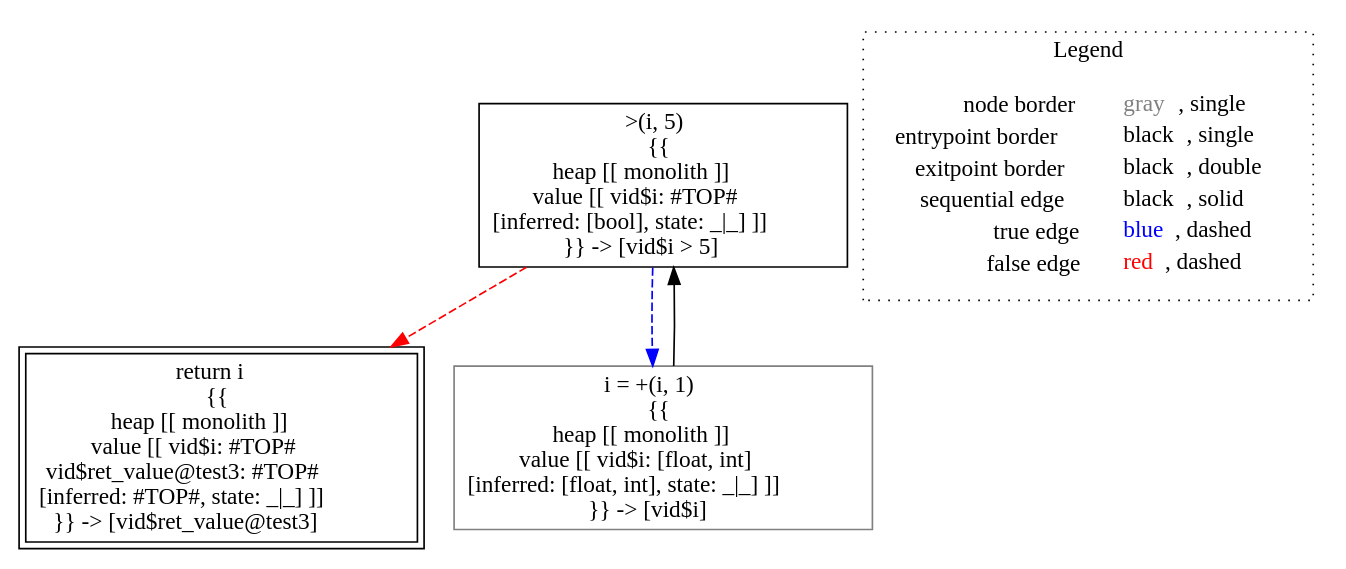
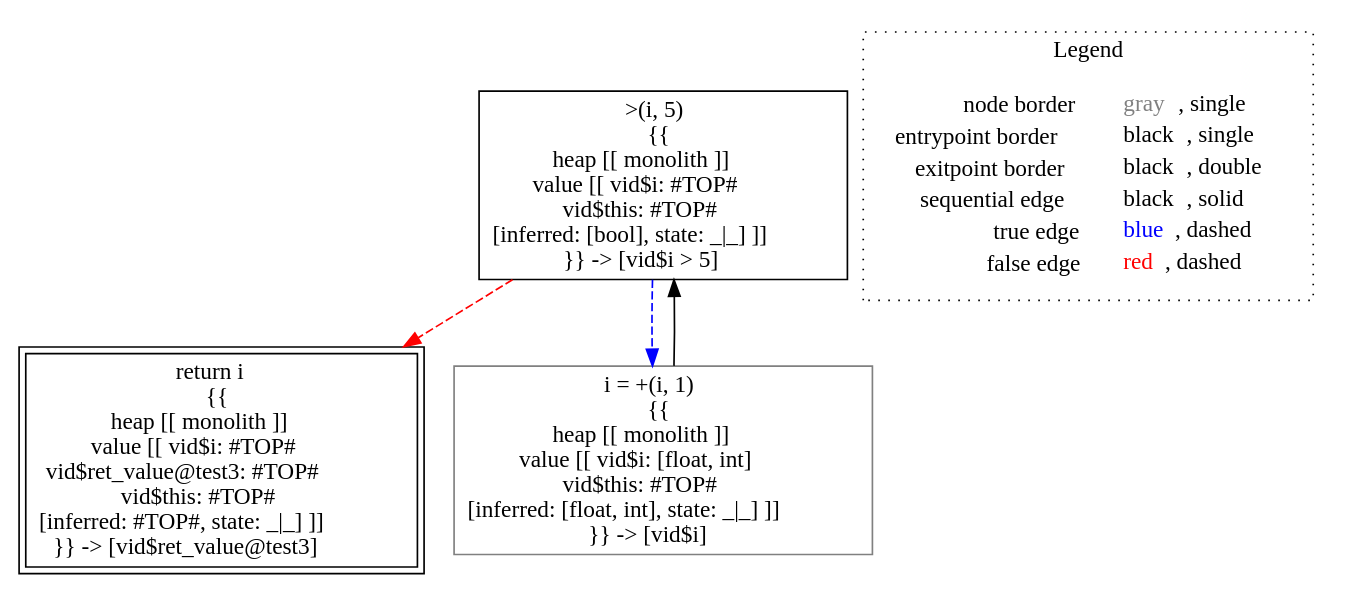
One commit to lisa-analyzer/lisa changed the diagram in lisa/imp-testcases/type-inference/typing___untyped_typing.test3(typing_this,_untyped_i).dot. Above: the diagram before and after it, drawn with Graphviz. The commit also changed 45 other files, not shown here.

```diff
--- a/lisa/imp-testcases/type-inference/typing___untyped_typing.test3(typing_this,_untyped_i).dot
+++ b/lisa/imp-testcases/type-inference/typing___untyped_typing.test3(typing_this,_untyped_i).dot
@@ -1,15 +1,15 @@
 digraph {
-	"node0" [shape="rect",color="black",label=<&gt;(i, 5)<BR/>{{<BR/>heap [[ monolith ]]<BR/>value [[ vid$i: #TOP#<BR/>[inferred: [bool], state: _|_] ]]<BR/>}} -&gt; [vid$i &gt; 5]>];
-	"node1" [shape="rect",color="black",peripheries="2",label=<return i<BR/>{{<BR/>heap [[ monolith ]]<BR/>value [[ vid$i: #TOP#<BR/>vid$ret_value@test3: #TOP#<BR/>[inferred: #TOP#, state: _|_] ]]<BR/>}} -&gt; [vid$ret_value@test3]>];
-	"node2" [shape="rect",color="gray",label=<i = +(i, 1)<BR/>{{<BR/>heap [[ monolith ]]<BR/>value [[ vid$i: [float, int]<BR/>[inferred: [float, int], state: _|_] ]]<BR/>}} -&gt; [vid$i]>];
+	"node0" [shape="rect",color="black",label=<&gt;(i, 5)<BR/>{{<BR/>heap [[ monolith ]]<BR/>value [[ vid$i: #TOP#<BR/>vid$this: #TOP#<BR/>[inferred: [bool], state: _|_] ]]<BR/>}} -&gt; [vid$i &gt; 5]>];
+	"node1" [shape="rect",color="black",peripheries="2",label=<return i<BR/>{{<BR/>heap [[ monolith ]]<BR/>value [[ vid$i: #TOP#<BR/>vid$ret_value@test3: #TOP#<BR/>vid$this: #TOP#<BR/>[inferred: #TOP#, state: _|_] ]]<BR/>}} -&gt; [vid$ret_value@test3]>];
+	"node2" [shape="rect",color="gray",label=<i = +(i, 1)<BR/>{{<BR/>heap [[ monolith ]]<BR/>value [[ vid$i: [float, int]<BR/>vid$this: #TOP#<BR/>[inferred: [float, int], state: _|_] ]]<BR/>}} -&gt; [vid$i]>];
 	"node0" -> "node1" [color="red",style="dashed"];
 	"node0" -> "node2" [color="blue",style="dashed"];
 	"node2" -> "node0" [color="black"];
 subgraph cluster_legend {
 	label="Legend";
 	style=dotted;
 	node [shape=plaintext];
 	"legend" [label=<<table border="0" cellpadding="2" cellspacing="0" cellborder="0"><tr><td align="right">node border&nbsp;</td><td align="left"><font color="gray">gray</font>, single</td></tr><tr><td align="right">entrypoint border&nbsp;</td><td align="left"><font color="black">black</font>, single</td></tr><tr><td align="right">exitpoint border&nbsp;</td><td align="left"><font color="black">black</font>, double</td></tr><tr><td align="right">sequential edge&nbsp;</td><td align="left"><font color="black">black</font>, solid</td></tr><tr><td align="right">true edge&nbsp;</td><td align="left"><font color="blue">blue</font>, dashed</td></tr><tr><td align="right">false edge&nbsp;</td><td align="left"><font color="red">red</font>, dashed</td></tr></table>>];
 }
 
 }
```
